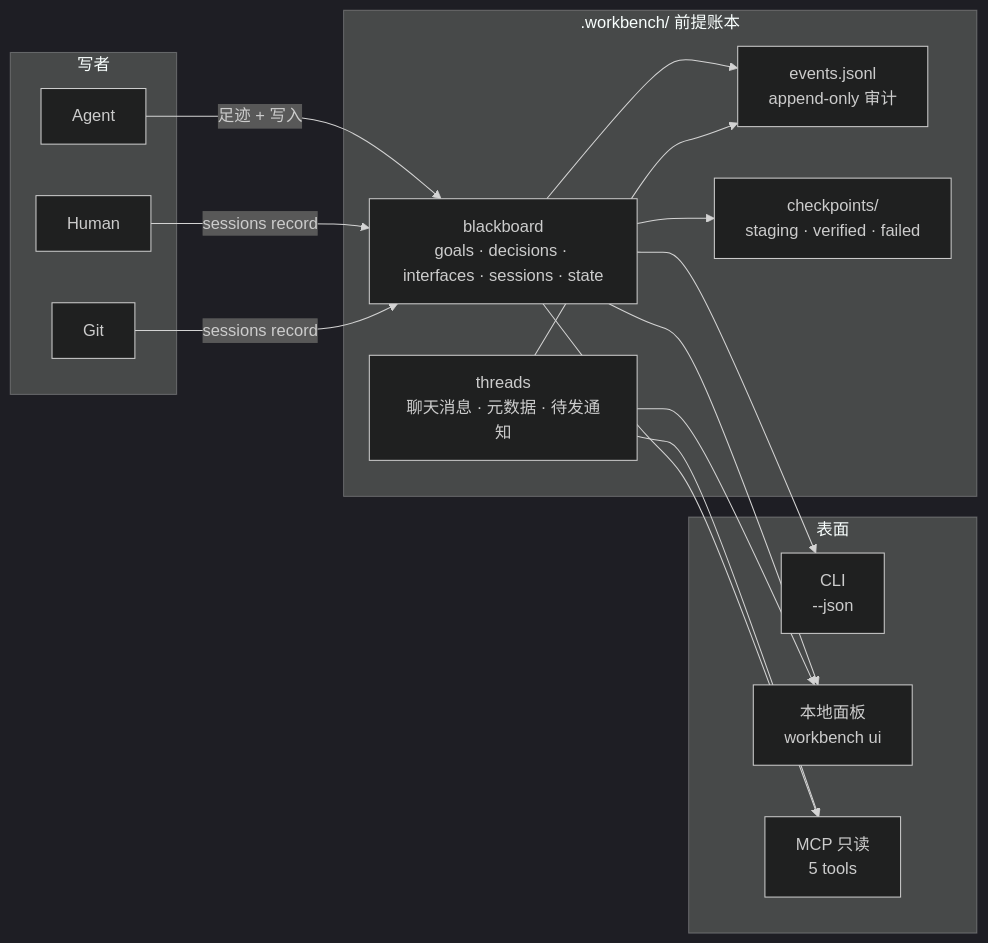
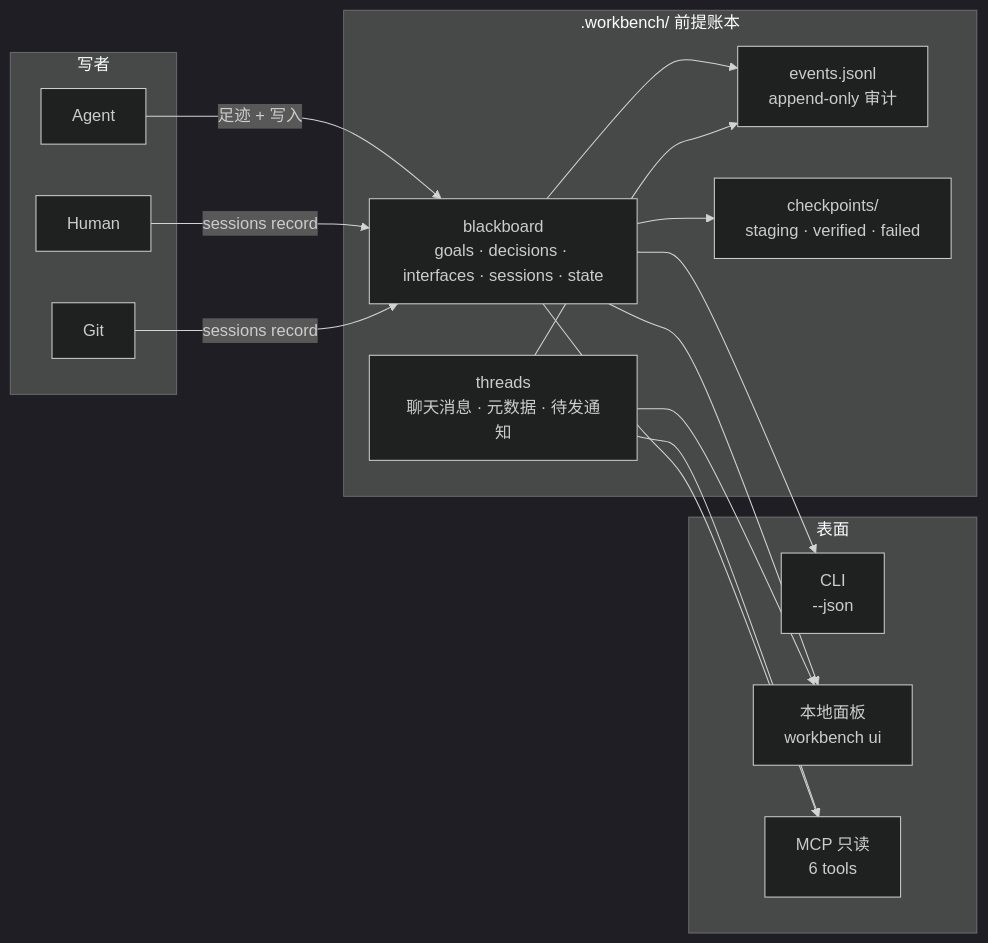
One commit to Baixu22/VerseSpace changed the first of 4 diagrams in README.md. Above: the diagram before and after it, drawn with Mermaid (dark theme). The commit also changed other lines of this file and 37 other files, not shown here.

````diff
--- a/README.md
+++ b/README.md
@@ -130,33 +130,33 @@
 ```mermaid
 flowchart LR
   subgraph writers [写者]
     A[Agent]
     H[Human]
     G[Git]
   end
 
   subgraph ledger [.workbench/ 前提账本]
     BB[blackboard<br/>goals · decisions · interfaces · sessions · state]
     TH[threads<br/>聊天消息 · 元数据 · 待发通知]
     EV[events.jsonl<br/>append-only 审计]
     CP[checkpoints/<br/>staging · verified · failed]
   end
 
   subgraph surfaces [表面]
     CLI[CLI<br/>--json]
     UI[本地面板<br/>workbench ui]
-    MCP[MCP 只读<br/>5 tools]
+    MCP[MCP 只读<br/>6 tools]
   end
 
   A -->|足迹 + 写入| BB
   H -->|sessions record| BB
   G -->|sessions record| BB
   BB --> EV
   TH --> EV
   BB --> CP
   BB --> CLI
   BB --> UI
   TH --> UI
   TH --> MCP
   BB --> MCP
 ```
````
